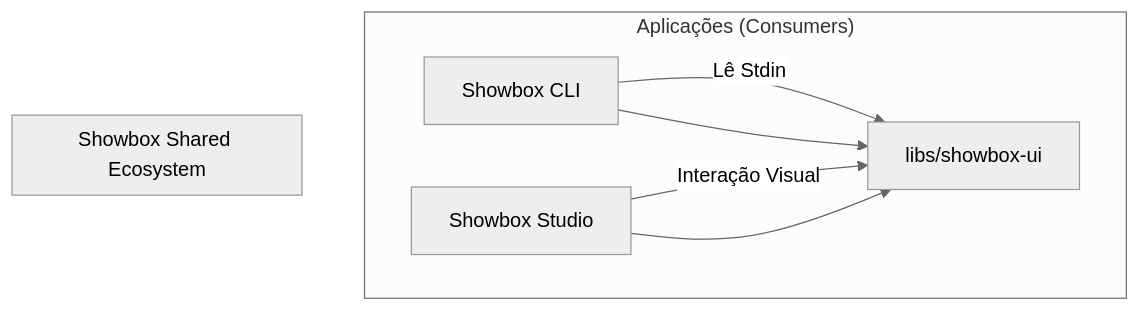
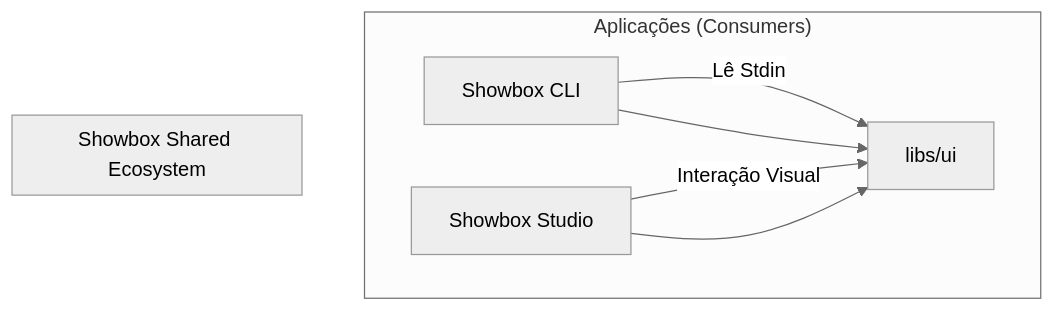
Before and after one commit to helton-godoy/showbox: the diagram in docs/architecture/REFACTORING_STRATEGY.md, drawn with Mermaid (neutral theme). The commit also changed other lines of this file and 249 other files, not shown here.

````diff
--- a/docs/architecture/REFACTORING_STRATEGY.md
+++ b/docs/architecture/REFACTORING_STRATEGY.md
@@ -17,14 +17,14 @@
 ```mermaid
 graph TD
     subgraph "Aplicações (Consumers)"
         CLI[Showbox CLI] -- Lê Stdin --> Lib
         Studio[Showbox Studio] -- Interação Visual --> Lib
     end
 
     subgraph "Showbox Shared Ecosystem"
-        Lib[libs/showbox-ui]
+        Lib[libs/ui]
     end
 
     CLI --> Lib
     Studio --> Lib
 ```
````
